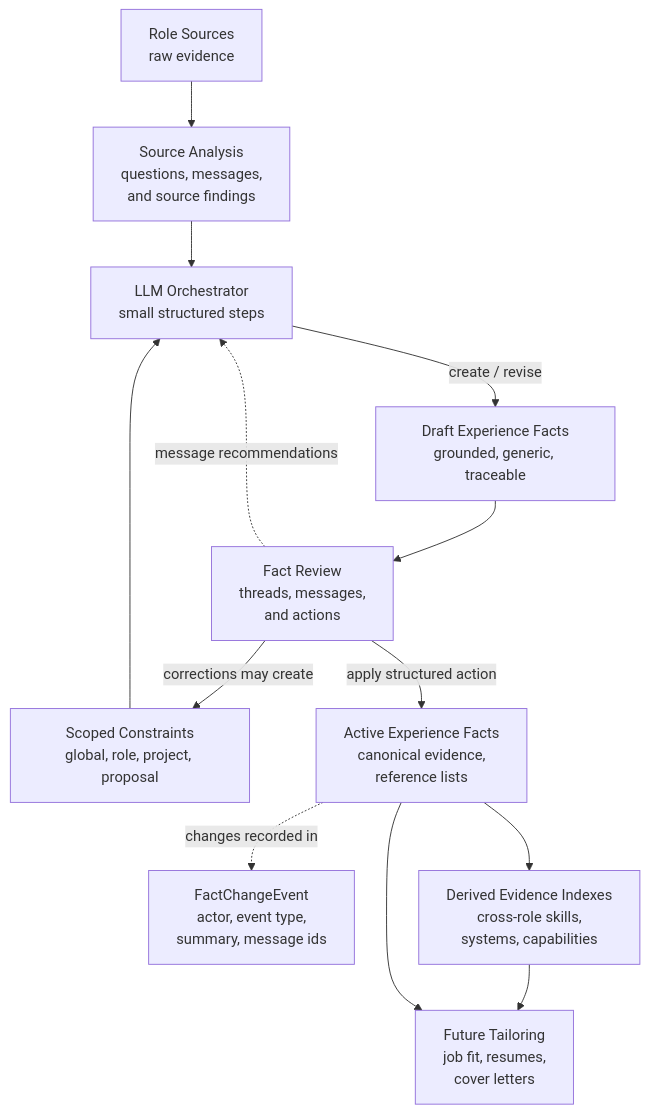
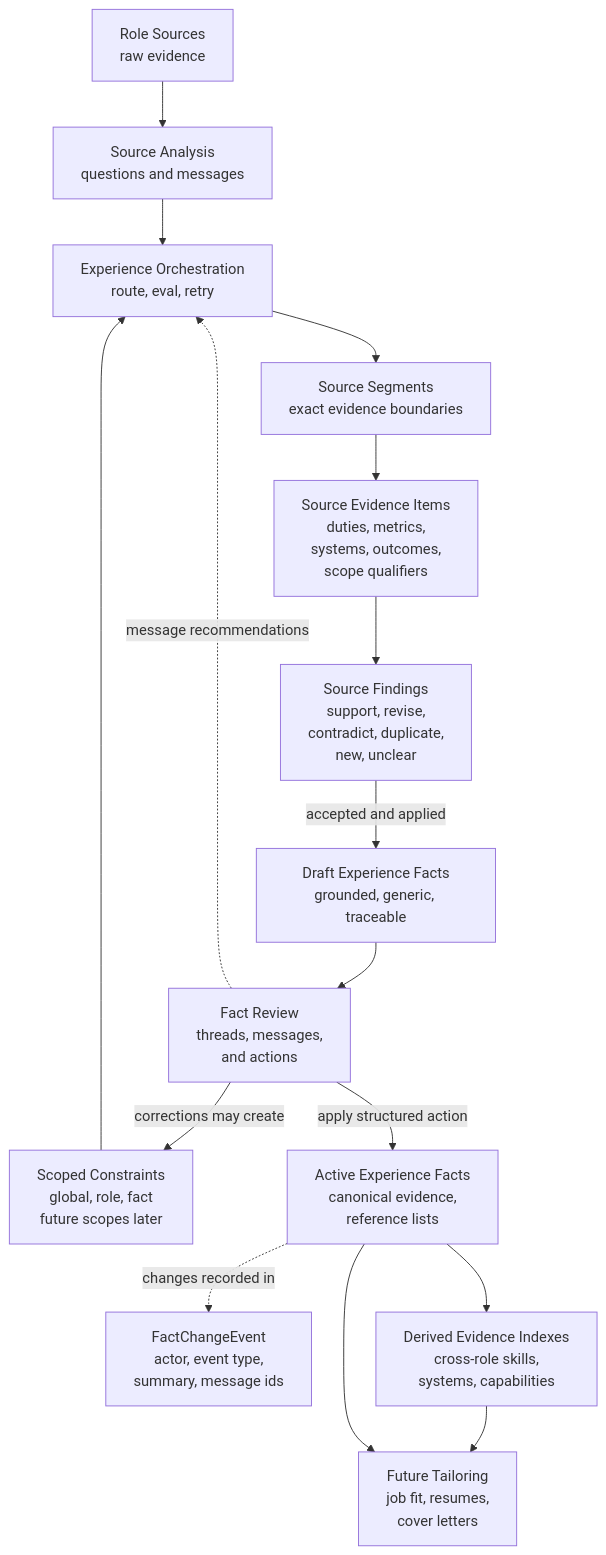
One commit to rsauers0/career-agent changed the sixth of 9 diagrams in docs/diagrams.md. Above: the diagram before and after it, drawn with Mermaid. The commit also changed other lines of this file and 3 other files, not shown here.

Commit message:
Document experience orchestration design

````diff
--- a/docs/diagrams.md
+++ b/docs/diagrams.md
@@ -177,26 +177,32 @@
 ```mermaid
 flowchart TD
     RawSources["Role Sources<br/>raw evidence"]
-    Analysis["Source Analysis<br/>questions, messages,<br/>and source findings"]
-    Orchestrator["LLM Orchestrator<br/>small structured steps"]
-    Constraints["Scoped Constraints<br/>global, role, project, proposal"]
+    Analysis["Source Analysis<br/>questions and messages"]
+    Segments["Source Segments<br/>exact evidence boundaries"]
+    Evidence["Source Evidence Items<br/>duties, metrics,<br/>systems, outcomes,<br/>scope qualifiers"]
+    Findings["Source Findings<br/>support, revise,<br/>contradict, duplicate,<br/>new, unclear"]
+    Orchestrator["Experience Orchestration<br/>route, eval, retry"]
+    Constraints["Scoped Constraints<br/>global, role, fact<br/>future scopes later"]
     DraftFacts["Draft Experience Facts<br/>grounded, generic, traceable"]
     Review["Fact Review<br/>threads, messages,<br/>and actions"]
     Events["FactChangeEvent<br/>actor, event type,<br/>summary, message ids"]
     ActiveFacts["Active Experience Facts<br/>canonical evidence,<br/>reference lists"]
     Derived["Derived Evidence Indexes<br/>cross-role skills,<br/>systems, capabilities"]
     Tailoring["Future Tailoring<br/>job fit, resumes,<br/>cover letters"]
 
     RawSources --> Analysis
     Analysis --> Orchestrator
     Constraints --> Orchestrator
-    Orchestrator -->|"create / revise"| DraftFacts
+    Orchestrator --> Segments
+    Segments --> Evidence
+    Evidence --> Findings
+    Findings -->|"accepted and applied"| DraftFacts
     DraftFacts --> Review
     Review -->|"corrections may create"| Constraints
     Review -. "message recommendations" .-> Orchestrator
     Review -->|"apply structured action"| ActiveFacts
     ActiveFacts -. "changes recorded in" .-> Events
     ActiveFacts --> Derived
     Derived --> Tailoring
     ActiveFacts --> Tailoring
 ```
````
